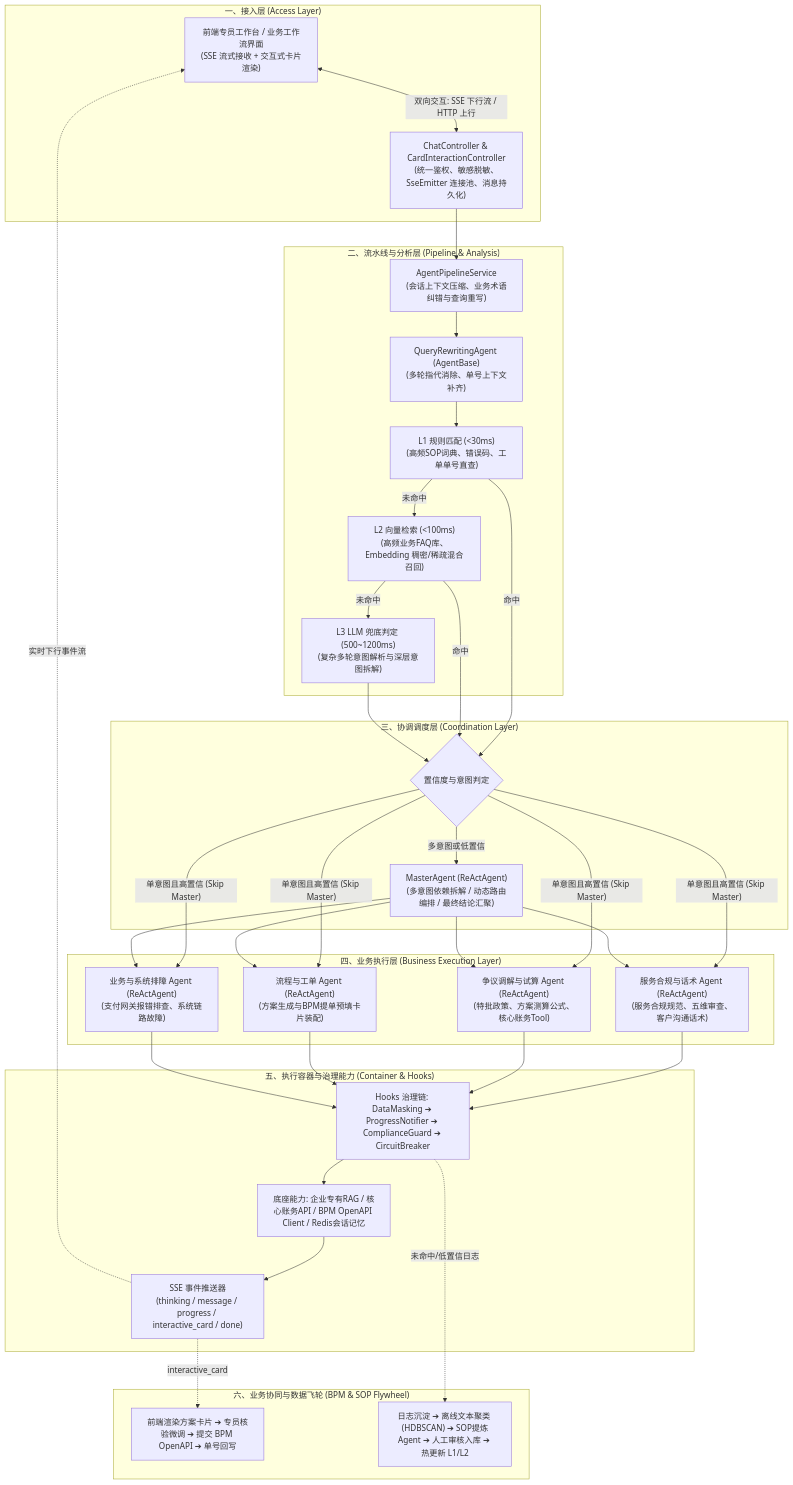
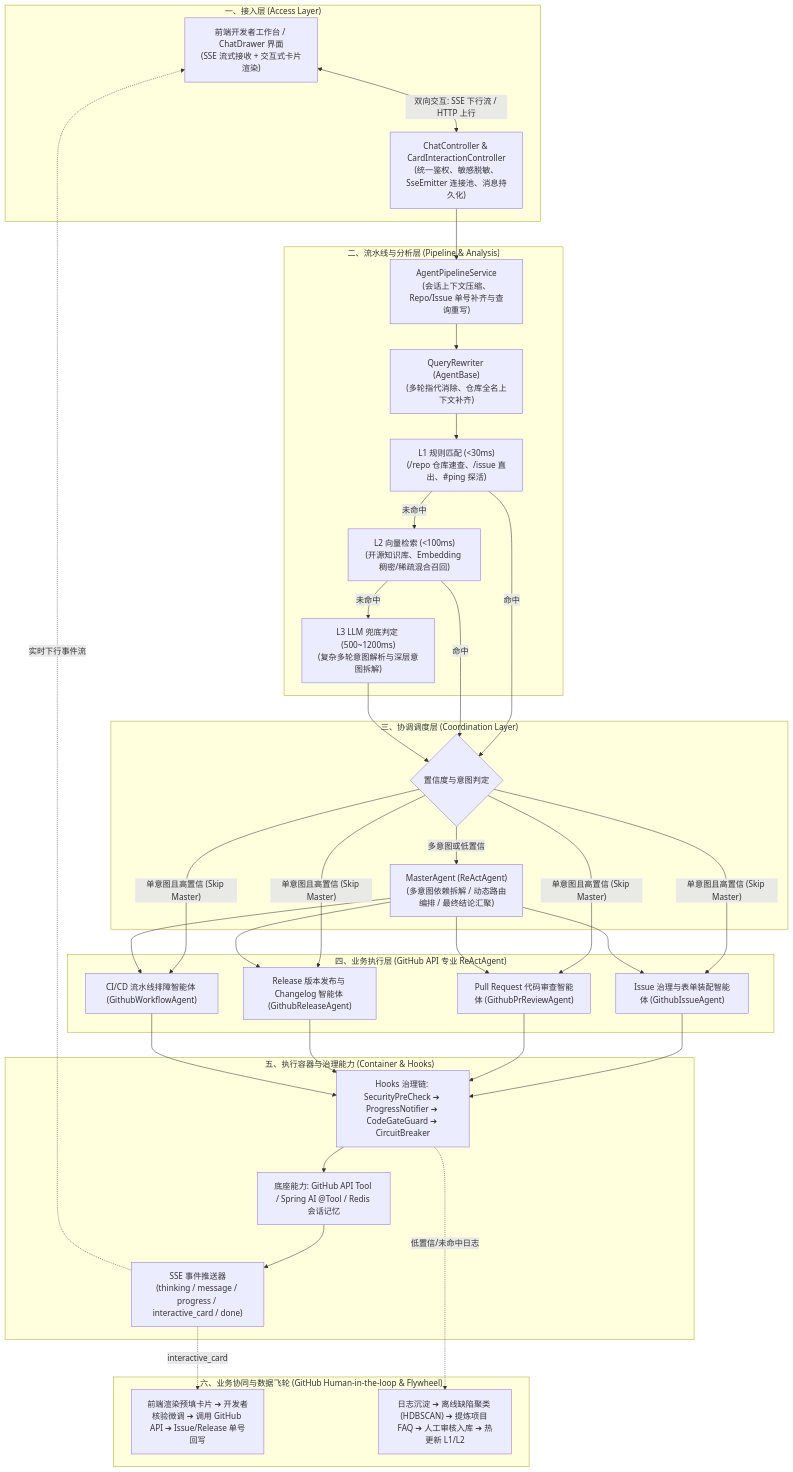
The first of 2 diagrams in docs/01-系统架构全景与实施规划.md (1264585648/spring-ai-agentflow), drawn with Mermaid before and after one commit. The commit also changed other lines of this file and 62 other files, not shown here.

Commit message:
feat: 落地多智能体注册中心(Agent Hub)、GitHub Issue协同闭环与开发者工作台换装

````diff
--- a/docs/01-系统架构全景与实施规划.md
+++ b/docs/01-系统架构全景与实施规划.md
@@ -38,61 +38,61 @@
 ```mermaid
 flowchart TD
     subgraph 接入层 ["一、接入层 (Access Layer)"]
-        UI["前端专员工作台 / 业务工作流界面<br/>(SSE 流式接收 + 交互式卡片渲染)"]
+        UI["前端开发者工作台 / ChatDrawer 界面<br/>(SSE 流式接收 + 交互式卡片渲染)"]
         Controller["ChatController & CardInteractionController<br/>(统一鉴权、敏感脱敏、SseEmitter 连接池、消息持久化)"]
         UI <-->|双向交互: SSE 下行流 / HTTP 上行| Controller
     end
 
     subgraph 分析与意图层 ["二、流水线与分析层 (Pipeline & Analysis)"]
-        Pipeline["AgentPipelineService<br/>(会话上下文压缩、业务术语纠错与查询重写)"]
-        Rewriter["QueryRewritingAgent (AgentBase)<br/>(多轮指代消除、单号上下文补齐)"]
-        L1["L1 规则匹配 (<30ms)<br/>(高频SOP词典、错误码、工单单号直查)"]
-        L2["L2 向量检索 (<100ms)<br/>(高频业务FAQ库、Embedding 稠密/稀疏混合召回)"]
+        Pipeline["AgentPipelineService<br/>(会话上下文压缩、Repo/Issue 单号补齐与查询重写)"]
+        Rewriter["QueryRewriter (AgentBase)<br/>(多轮指代消除、仓库全名上下文补齐)"]
+        L1["L1 规则匹配 (<30ms)<br/>(/repo 仓库速查、/issue 直出、#ping 探活)"]
+        L2["L2 向量检索 (<100ms)<br/>(开源知识库、Embedding 稠密/稀疏混合召回)"]
         L3["L3 LLM 兜底判定 (500~1200ms)<br/>(复杂多轮意图解析与深层意图拆解)"]
 
         Pipeline --> Rewriter --> L1
         L1 -- 未命中 --> L2
         L2 -- 未命中 --> L3
     end
 
     Controller --> Pipeline
 
     subgraph 协调调度层 ["三、协调调度层 (Coordination Layer)"]
         Dispatcher{"置信度与意图判定"}
         L1 -- 命中 --> Dispatcher
         L2 -- 命中 --> Dispatcher
         L3 --> Dispatcher
 
         MasterAgent["MasterAgent (ReActAgent)<br/>(多意图依赖拆解 / 动态路由编排 / 最终结论汇聚)"]
     end
 
-    subgraph 业务执行层 ["四、业务执行层 (Business Execution Layer)"]
-        Sub1["服务合规与话术 Agent (ReActAgent)<br/>(服务合规规范、五维审查、客户沟通话术)"]
-        Sub2["争议调解与试算 Agent (ReActAgent)<br/>(特批政策、方案测算公式、核心账务Tool)"]
-        Sub3["流程与工单 Agent (ReActAgent)<br/>(方案生成与BPM提单预填卡片装配)"]
-        Sub4["业务与系统排障 Agent (ReActAgent)<br/>(支付网关报错排查、系统链路故障)"]
+    subgraph 业务执行层 ["四、业务执行层 (GitHub API 专业 ReActAgent)"]
+        Sub1["Issue 治理与表单装配智能体 (GithubIssueAgent)"]
+        Sub2["Pull Request 代码审查智能体 (GithubPrReviewAgent)"]
+        Sub3["Release 版本发布与 Changelog 智能体 (GithubReleaseAgent)"]
+        Sub4["CI/CD 流水线排障智能体 (GithubWorkflowAgent)"]
 
         Dispatcher -->|"单意图且高置信 (Skip Master)"| Sub1 & Sub2 & Sub3 & Sub4
         Dispatcher -->|"多意图或低置信"| MasterAgent
         MasterAgent --> Sub1 & Sub2 & Sub3 & Sub4
     end
 
     subgraph 执行容器与能力层 ["五、执行容器与治理能力 (Container & Hooks)"]
-        Hooks["Hooks 治理链: DataMasking ➔ ProgressNotifier ➔ ComplianceGuard ➔ CircuitBreaker"]
-        Tools["底座能力: 企业专有RAG / 核心账务API / BPM OpenAPI Client / Redis会话记忆"]
+        Hooks["Hooks 治理链: SecurityPreCheck ➔ ProgressNotifier ➔ CodeGateGuard ➔ CircuitBreaker"]
+        Tools["底座能力: GitHub API Tool / Spring AI @Tool / Redis 会话记忆"]
         SSEHub["SSE 事件推送器<br/>(thinking / message / progress / interactive_card / done)"]
     end
 
     Sub1 & Sub2 & Sub3 & Sub4 --> Hooks
     Hooks --> Tools
     Tools --> SSEHub
     SSEHub -.->|实时下行事件流| UI
 
-    subgraph 交互与数据闭环 ["六、业务协同与数据飞轮 (BPM & SOP Flywheel)"]
-        ConfirmCard["前端渲染方案卡片 ➔ 专员核验微调 ➔ 提交 BPM OpenAPI ➔ 单号回写"]
-        SOPFlywheel["日志沉淀 ➔ 离线文本聚类 (HDBSCAN) ➔ SOP提炼Agent ➔ 人工审核入库 ➔ 热更新 L1/L2"]
+    subgraph 交互与数据闭环 ["六、业务协同与数据飞轮 (GitHub Human-in-the-loop & Flywheel)"]
+        ConfirmCard["前端渲染预填卡片 ➔ 开发者核验微调 ➔ 调用 GitHub API ➔ Issue/Release 单号回写"]
+        Flywheel["日志沉淀 ➔ 离线缺陷聚类 (HDBSCAN) ➔ 提炼项目 FAQ ➔ 人工审核入库 ➔ 热更新 L1/L2"]
     end
 
     SSEHub -.->|interactive_card| ConfirmCard
-    Hooks -.->|未命中/低置信日志| SOPFlywheel
+    Hooks -.->|低置信/未命中日志| Flywheel
 ```
````
